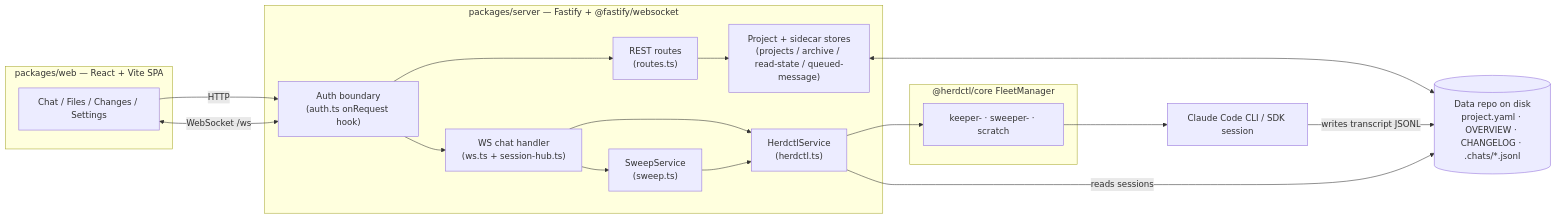
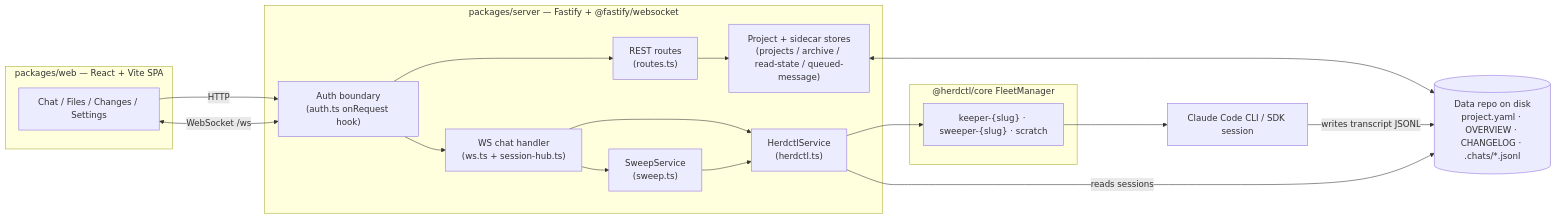
Before and after one commit to edspencer/paddock: the first of 3 diagrams in docs/ARCHITECTURE.md, drawn with Mermaid. The commit also changed other lines of this file and 2 other files, not shown here.

Commit message:
docs: link ARCHITECTURE + concepts from README; safe mermaid placeholders

````diff
--- a/docs/ARCHITECTURE.md
+++ b/docs/ARCHITECTURE.md
@@ -25,31 +25,31 @@
 ```mermaid
 flowchart LR
   subgraph Browser["packages/web — React + Vite SPA"]
     UI["Chat / Files / Changes / Settings"]
   end
 
   subgraph Server["packages/server — Fastify + @fastify/websocket"]
     Auth["Auth boundary\n(auth.ts onRequest hook)"]
     REST["REST routes\n(routes.ts)"]
     WS["WS chat handler\n(ws.ts + session-hub.ts)"]
     Stores["Project + sidecar stores\n(projects / archive / read-state / queued-message)"]
     Sweep["SweepService\n(sweep.ts)"]
     Herd["HerdctlService\n(herdctl.ts)"]
   end
 
   subgraph Herdctl["@herdctl/core FleetManager"]
-    Agents["keeper-<slug> · sweeper-<slug> · scratch"]
+    Agents["keeper-{slug} · sweeper-{slug} · scratch"]
   end
 
   Claude["Claude Code CLI / SDK session"]
   Disk[("Data repo on disk\nproject.yaml · OVERVIEW · CHANGELOG · .chats/*.jsonl")]
 
   UI -->|"HTTP"| Auth --> REST --> Stores
   UI <-->|"WebSocket /ws"| Auth
   Auth --> WS
   WS --> Herd --> Agents --> Claude
   Claude -->|"writes transcript JSONL"| Disk
   WS --> Sweep --> Herd
   Stores <--> Disk
   Herd -->|"reads sessions"| Disk
 ```
````
